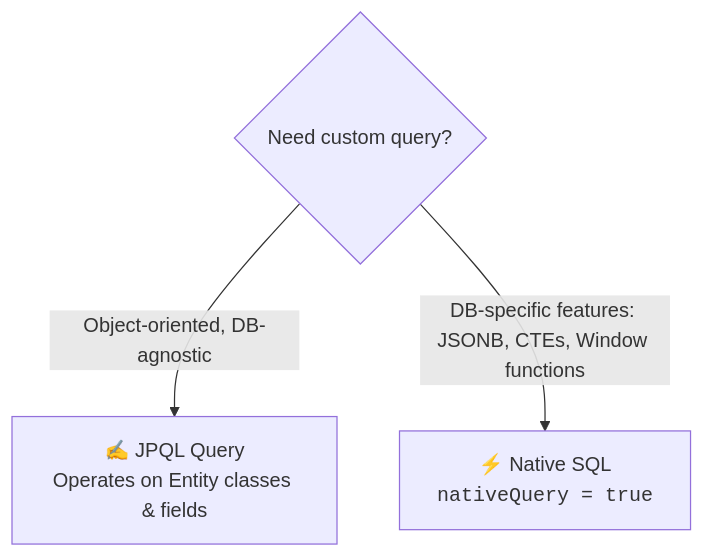
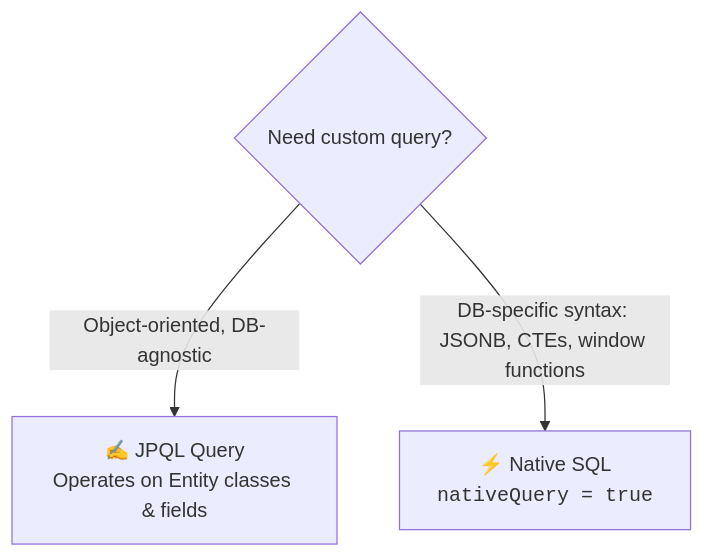
Before and after one commit to Rohit1024/spring-boot-mastery: the third of 5 diagrams in docs/lessons/0013-spring-data-jpa-repositories-and-queries.md, drawn with Mermaid. The commit also changed other lines of this file and 117 other files, not shown here.

````diff
--- a/docs/lessons/0013-spring-data-jpa-repositories-and-queries.md
+++ b/docs/lessons/0013-spring-data-jpa-repositories-and-queries.md
@@ -119,6 +119,6 @@
 ``` mermaid
 flowchart TD
     QType{"Need custom query?"}
     QType -->|Object-oriented, DB-agnostic| JPQL["✍️ JPQL Query<br/>Operates on Entity classes & fields"]
-    QType -->|DB-specific features: JSONB, CTEs, Window functions| Native["⚡ Native SQL<br/><code>nativeQuery = true</code>"]
+    QType -->|DB-specific syntax: JSONB, CTEs, window functions| Native["⚡ Native SQL<br/><code>nativeQuery = true</code>"]
 ```
````
